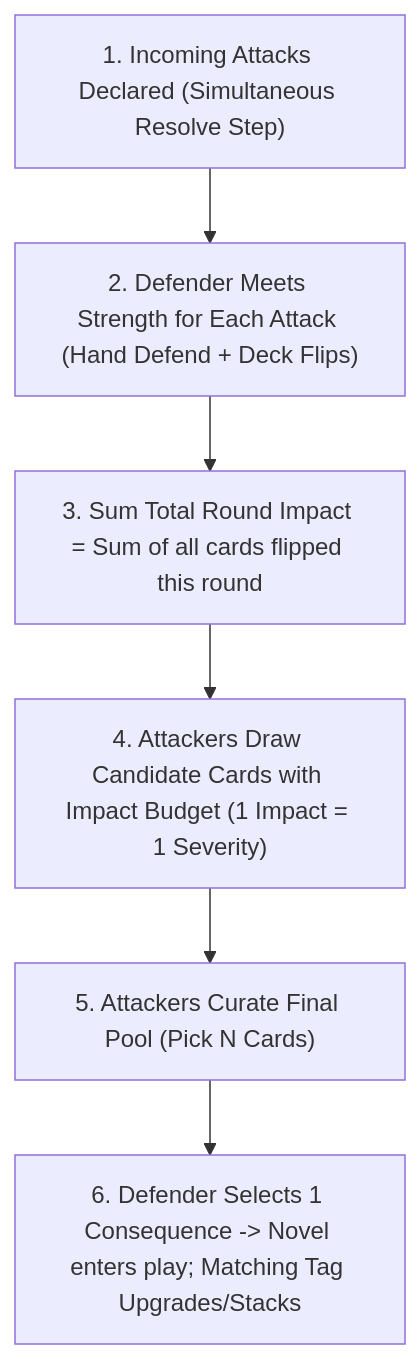
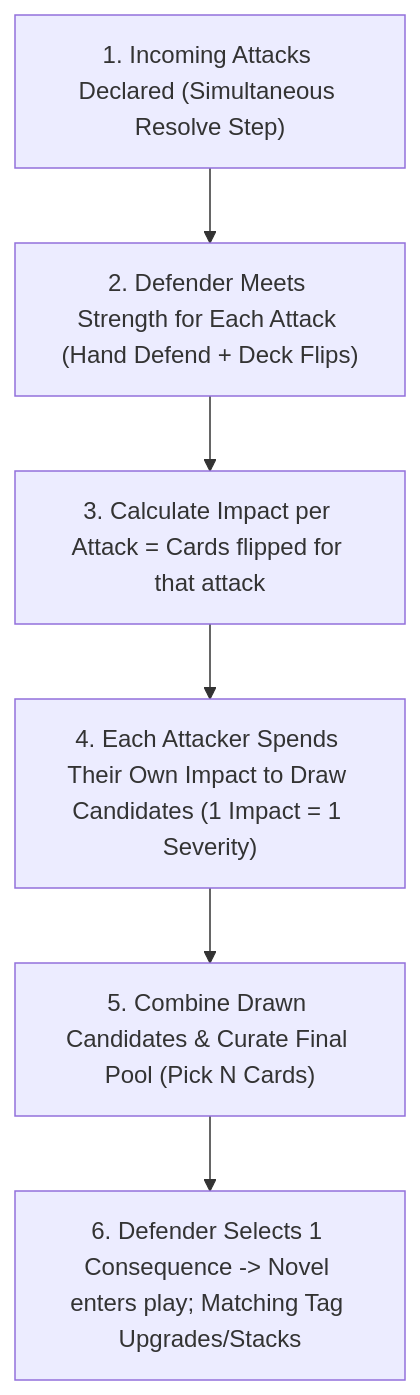
The diagram in design/iteration/consequence-pool-tag-escalation/README.md (tdimiduk/cardpg), drawn with Mermaid before and after one commit. The commit also changed other lines of this file and 6 other files, not shown here.

Commit message:
priority and per defender impact

````diff
--- a/design/iteration/consequence-pool-tag-escalation/README.md
+++ b/design/iteration/consequence-pool-tag-escalation/README.md
@@ -33,8 +35,8 @@
 ```mermaid
 flowchart TD
     A["1. Incoming Attacks Declared (Simultaneous Resolve Step)"] --> B["2. Defender Meets Strength for Each Attack (Hand Defend + Deck Flips)"]
-    B --> C["3. Sum Total Round Impact = Sum of all cards flipped this round"]
-    C --> D["4. Attackers Draw Candidate Cards with Impact Budget (1 Impact = 1 Severity)"]
-    D --> E["5. Attackers Curate Final Pool (Pick N Cards)"]
+    B --> C["3. Calculate Impact per Attack = Cards flipped for that attack"]
+    C --> D["4. Each Attacker Spends Their Own Impact to Draw Candidates (1 Impact = 1 Severity)"]
+    D --> E["5. Combine Drawn Candidates & Curate Final Pool (Pick N Cards)"]
     E --> F["6. Defender Selects 1 Consequence -> Novel enters play; Matching Tag Upgrades/Stacks"]
 ```
````
